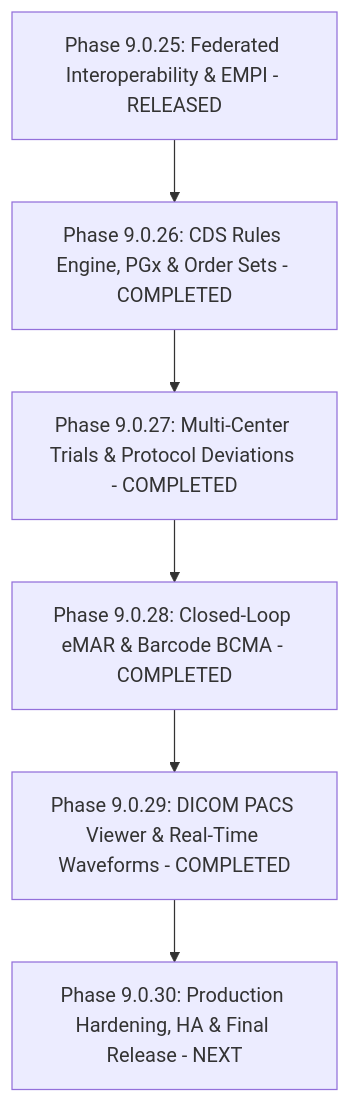
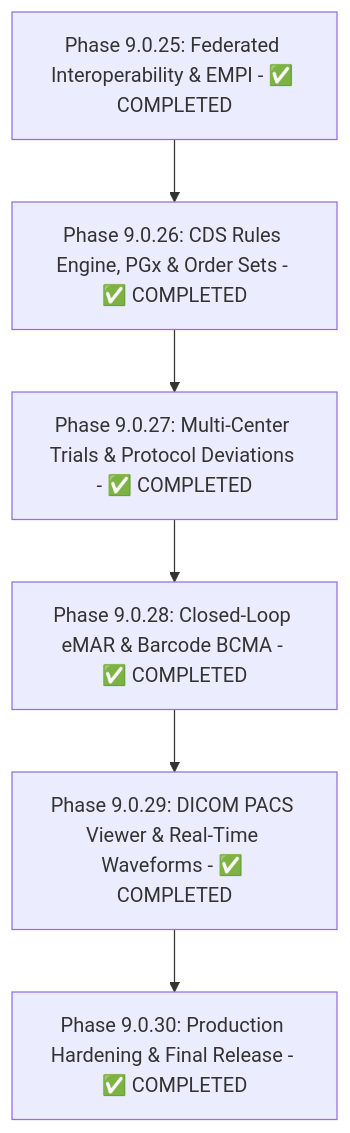
Before and after one commit to Harish2004-sonwale/MediGen-AI: the diagram in docs/remaining_project_roadmap.md, drawn with Mermaid. The commit also changed other lines of this file and 12 other files, not shown here.

First line of the commit message:
release: finalize MediGen-AI production hardening and platform release (Phase 9.0.30)

````diff
--- a/docs/remaining_project_roadmap.md
+++ b/docs/remaining_project_roadmap.md
@@ -26,8 +27,8 @@
 ```mermaid
 graph TD
-    P25[Phase 9.0.25: Federated Interoperability & EMPI - RELEASED] --> P26[Phase 9.0.26: CDS Rules Engine, PGx & Order Sets - COMPLETED]
-    P26 --> P27[Phase 9.0.27: Multi-Center Trials & Protocol Deviations - COMPLETED]
-    P27 --> P28[Phase 9.0.28: Closed-Loop eMAR & Barcode BCMA - COMPLETED]
-    P28 --> P29[Phase 9.0.29: DICOM PACS Viewer & Real-Time Waveforms - COMPLETED]
-    P29 --> P30[Phase 9.0.30: Production Hardening, HA & Final Release - NEXT]
+    P25[Phase 9.0.25: Federated Interoperability & EMPI - ✅ COMPLETED] --> P26[Phase 9.0.26: CDS Rules Engine, PGx & Order Sets - ✅ COMPLETED]
+    P26 --> P27[Phase 9.0.27: Multi-Center Trials & Protocol Deviations - ✅ COMPLETED]
+    P27 --> P28[Phase 9.0.28: Closed-Loop eMAR & Barcode BCMA - ✅ COMPLETED]
+    P28 --> P29[Phase 9.0.29: DICOM PACS Viewer & Real-Time Waveforms - ✅ COMPLETED]
+    P29 --> P30[Phase 9.0.30: Production Hardening & Final Release - ✅ COMPLETED]
 ```
````
